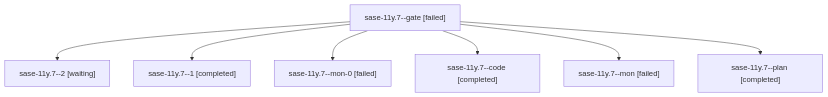
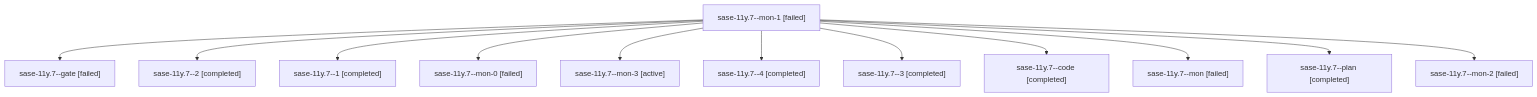
The diagram in families/bbugyi200.athena.sase-11y.7.md (sase-org/sase--agents), drawn with Mermaid before and after one commit. The commit also changed other lines of this file and 183 other files, not shown here.

````diff
--- a/families/bbugyi200.athena.sase-11y.7.md
+++ b/families/bbugyi200.athena.sase-11y.7.md
@@ -9,16 +9,26 @@
 ```mermaid
 flowchart TD
-  n0["sase-11y.7--gate [failed]"]
-  n1["sase-11y.7--2 [waiting]"]
+  n0["sase-11y.7--mon-1 [failed]"]
+  n1["sase-11y.7--gate [failed]"]
   n0 --> n1
-  n2["sase-11y.7--1 [completed]"]
+  n2["sase-11y.7--2 [completed]"]
   n0 --> n2
-  n3["sase-11y.7--mon-0 [failed]"]
+  n3["sase-11y.7--1 [completed]"]
   n0 --> n3
-  n4["sase-11y.7--code [completed]"]
+  n4["sase-11y.7--mon-0 [failed]"]
   n0 --> n4
-  n5["sase-11y.7--mon [failed]"]
+  n5["sase-11y.7--mon-3 [active]"]
   n0 --> n5
-  n6["sase-11y.7--plan [completed]"]
+  n6["sase-11y.7--4 [completed]"]
   n0 --> n6
+  n7["sase-11y.7--3 [completed]"]
+  n0 --> n7
+  n8["sase-11y.7--code [completed]"]
+  n0 --> n8
+  n9["sase-11y.7--mon [failed]"]
+  n0 --> n9
+  n10["sase-11y.7--plan [completed]"]
+  n0 --> n10
+  n11["sase-11y.7--mon-2 [failed]"]
+  n0 --> n11
 ```
````
